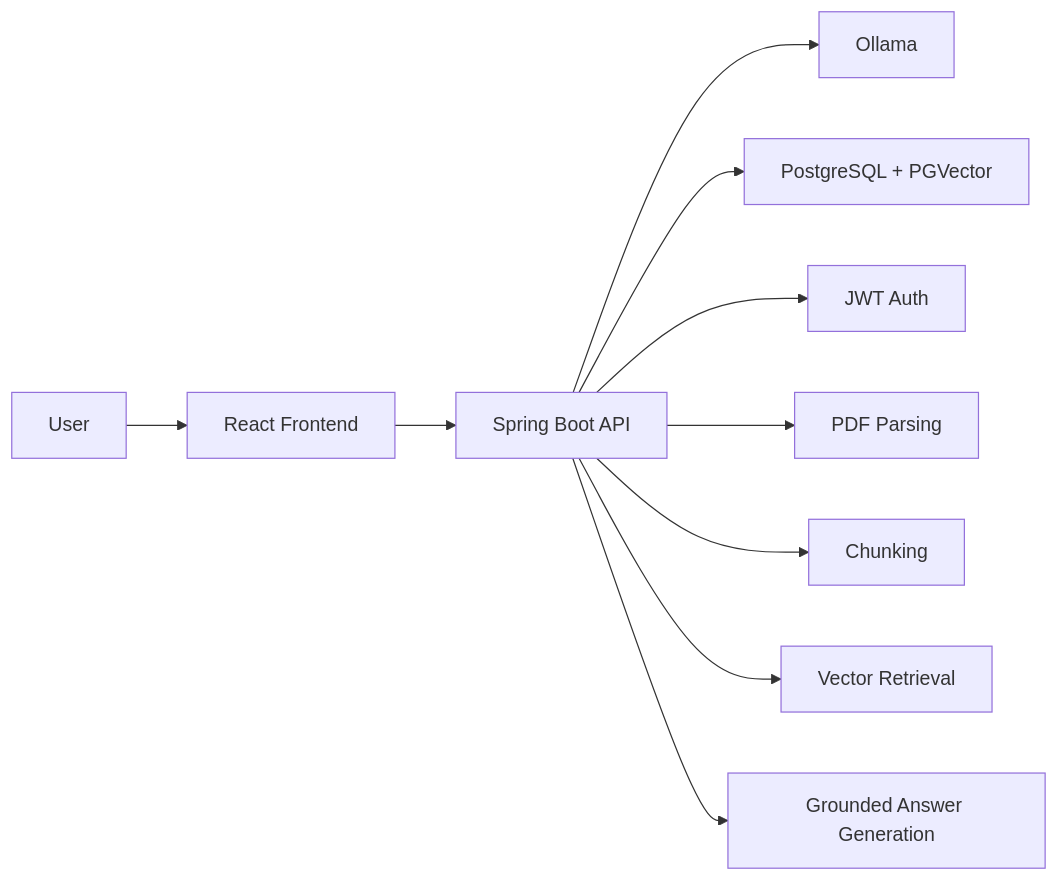
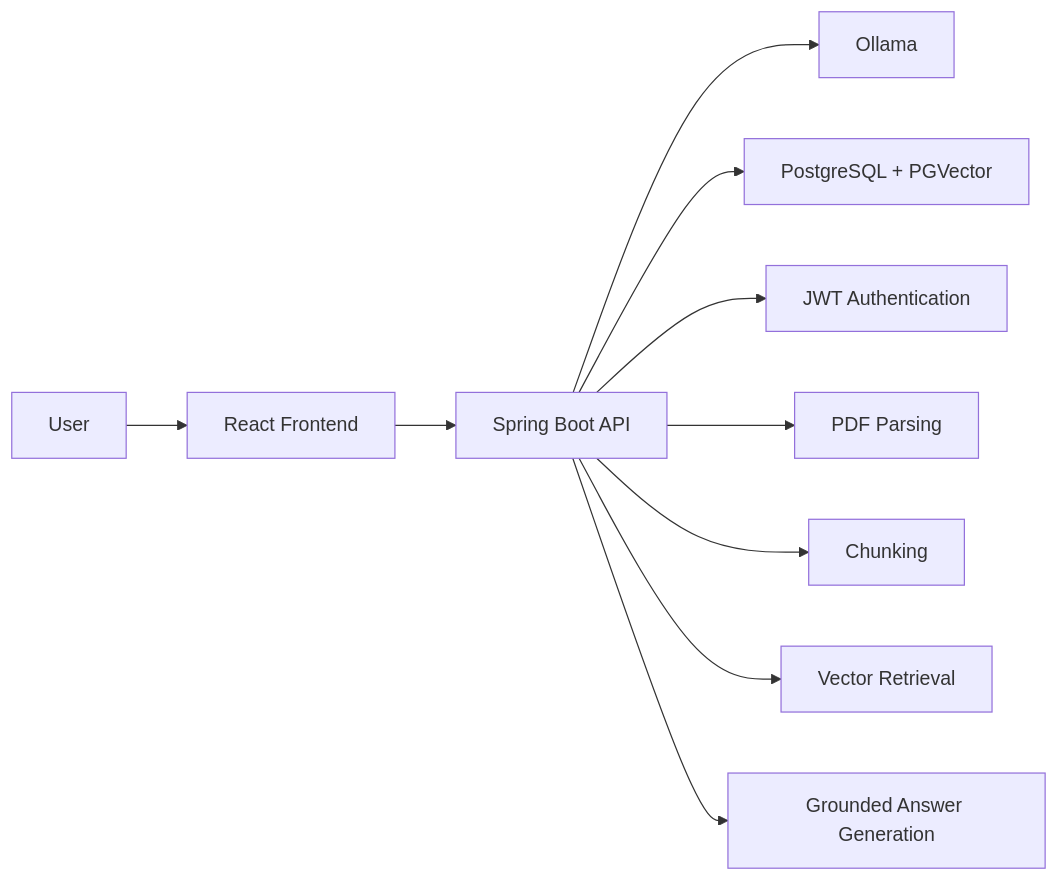
The diagram in README.md (ASananda/documind-ai), drawn with Mermaid before and after one commit. The commit also changed other lines of this file, not shown here.

````diff
--- a/README.md
+++ b/README.md
@@ -43,13 +42,13 @@
 ```mermaid
 flowchart LR
     U["User"] --> F["React Frontend"]
     F --> A["Spring Boot API"]
     A --> O["Ollama"]
     A --> P["PostgreSQL + PGVector"]
 
-    A --> Auth["JWT Auth"]
+    A --> Auth["JWT Authentication"]
     A --> Parse["PDF Parsing"]
     A --> Chunk["Chunking"]
     A --> Retrieve["Vector Retrieval"]
     A --> Chat["Grounded Answer Generation"]
 ```
````
